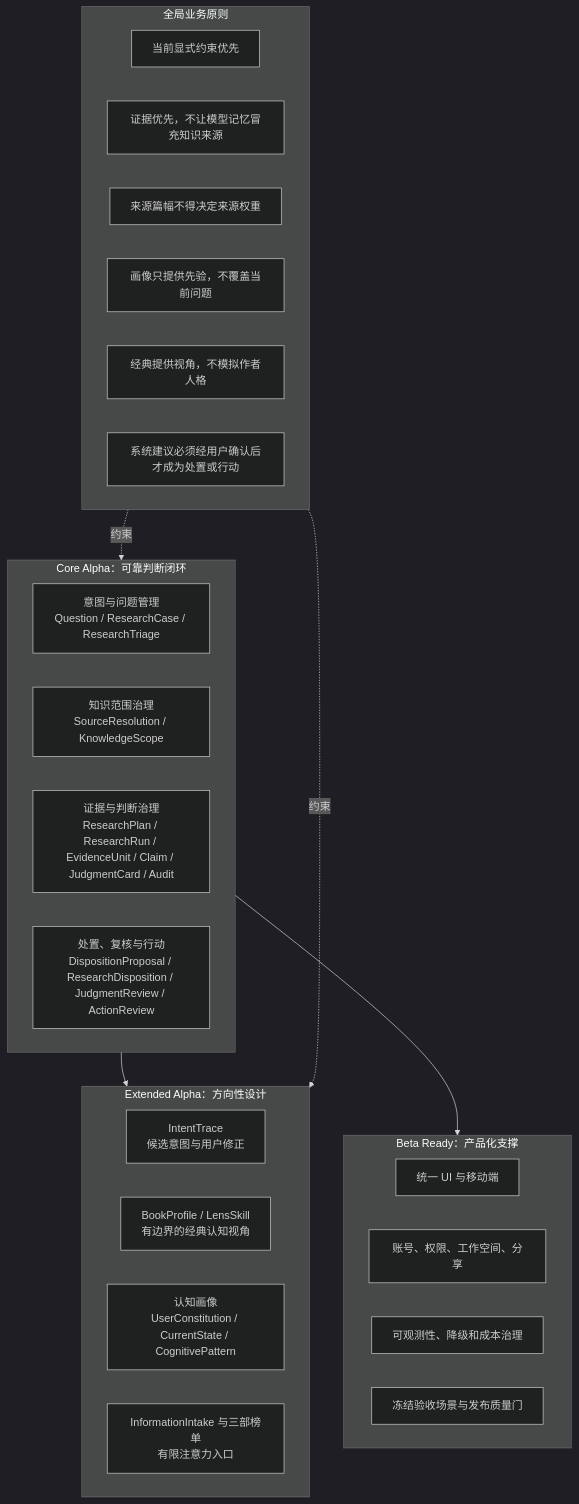
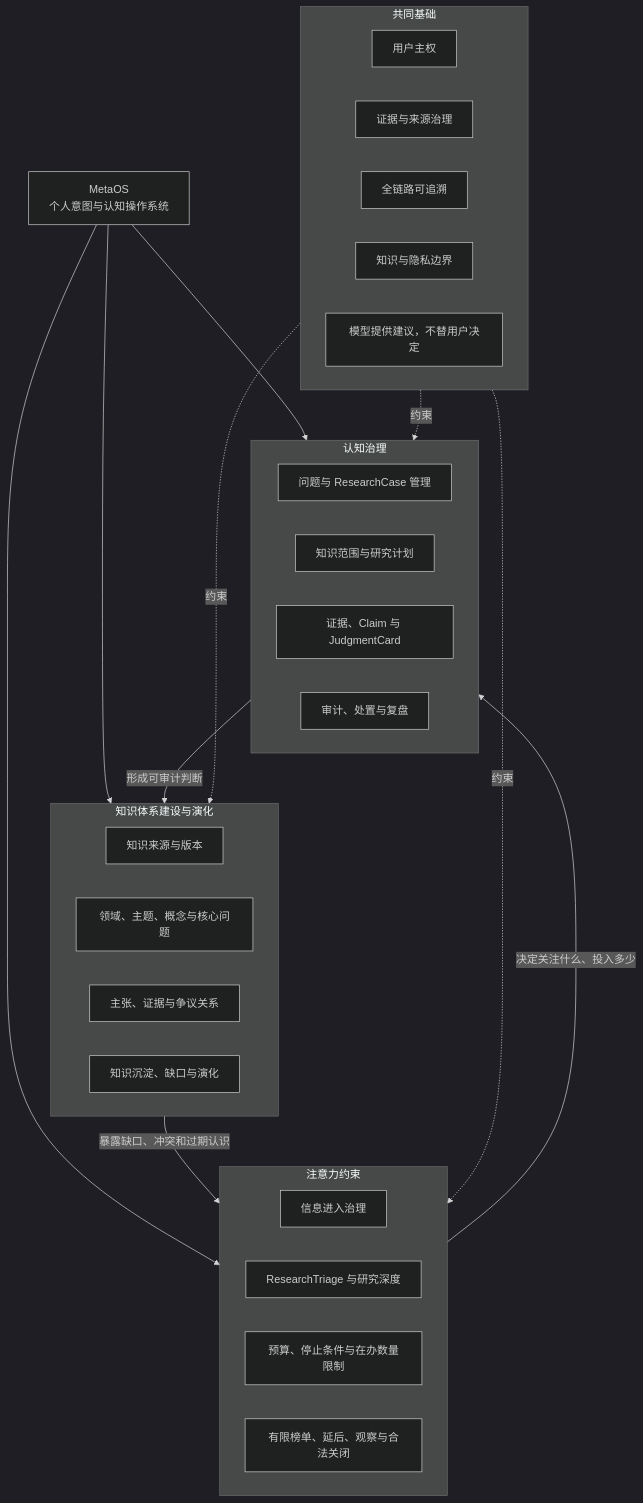
One commit to baijianqing/yantie-history changed the second of 3 diagrams in docs/BUSINESS_ARCHITECTURE.md. Above: the diagram before and after it, drawn with Mermaid (dark theme). The commit also changed other lines of this file, not shown here.

Commit message:
docs: define MetaOS core capabilities

````diff
--- a/docs/BUSINESS_ARCHITECTURE.md
+++ b/docs/BUSINESS_ARCHITECTURE.md
@@ -274,37 +345,45 @@
 ```mermaid
 flowchart TB
-    subgraph CORE["Core Alpha：可靠判断闭环"]
-        C1["意图与问题管理<br/>Question / ResearchCase / ResearchTriage"]
-        C2["知识范围治理<br/>SourceResolution / KnowledgeScope"]
-        C3["证据与判断治理<br/>ResearchPlan / ResearchRun / EvidenceUnit / Claim / JudgmentCard / Audit"]
-        C4["处置、复核与行动<br/>DispositionProposal / ResearchDisposition / JudgmentReview / ActionReview"]
+    META["MetaOS<br/>个人意图与认知操作系统"]
+
+    subgraph CG["认知治理"]
+        CG1["问题与 ResearchCase 管理"]
+        CG2["知识范围与研究计划"]
+        CG3["证据、Claim 与 JudgmentCard"]
+        CG4["审计、处置与复盘"]
     end
 
-    subgraph EXTENDED["Extended Alpha：方向性设计"]
-        E1["IntentTrace<br/>候选意图与用户修正"]
-        E2["BookProfile / LensSkill<br/>有边界的经典认知视角"]
-        E3["认知画像<br/>UserConstitution / CurrentState / CognitivePattern"]
-        E4["InformationIntake 与三部榜单<br/>有限注意力入口"]
+    subgraph AG["注意力约束"]
+        AG1["信息进入治理"]
+        AG2["ResearchTriage 与研究深度"]
+        AG3["预算、停止条件与在办数量限制"]
+        AG4["有限榜单、延后、观察与合法关闭"]
     end
 
-    subgraph BETA["Beta Ready：产品化支撑"]
-        B1["统一 UI 与移动端"]
-        B2["账号、权限、工作空间、分享"]
-        B3["可观测性、降级和成本治理"]
-        B4["冻结验收场景与发布质量门"]
+    subgraph KG["知识体系建设与演化"]
+        KG1["知识来源与版本"]
+        KG2["领域、主题、概念与核心问题"]
+        KG3["主张、证据与争议关系"]
+        KG4["知识沉淀、缺口与演化"]
     end
 
-    subgraph PRINCIPLES["全局业务原则"]
-        P1["当前显式约束优先"]
-        P2["证据优先，不让模型记忆冒充知识来源"]
-        P3["来源篇幅不得决定来源权重"]
-        P4["画像只提供先验，不覆盖当前问题"]
-        P5["经典提供视角，不模拟作者人格"]
-        P6["系统建议必须经用户确认后才成为处置或行动"]
+    META --> CG
+    META --> AG
+    META --> KG
+
+    AG -->|"决定关注什么、投入多少"| CG
+    CG -->|"形成可审计判断"| KG
+    KG -->|"暴露缺口、冲突和过期认识"| AG
+
+    subgraph FOUNDATION["共同基础"]
+        F1["用户主权"]
+        F2["证据与来源治理"]
+        F3["全链路可追溯"]
+        F4["知识与隐私边界"]
+        F5["模型提供建议，不替用户决定"]
     end
 
-    CORE --> EXTENDED
-    CORE --> BETA
-    PRINCIPLES -. "约束" .-> CORE
-    PRINCIPLES -. "约束" .-> EXTENDED
+    FOUNDATION -. "约束" .-> CG
+    FOUNDATION -. "约束" .-> AG
+    FOUNDATION -. "约束" .-> KG
 ```
````
